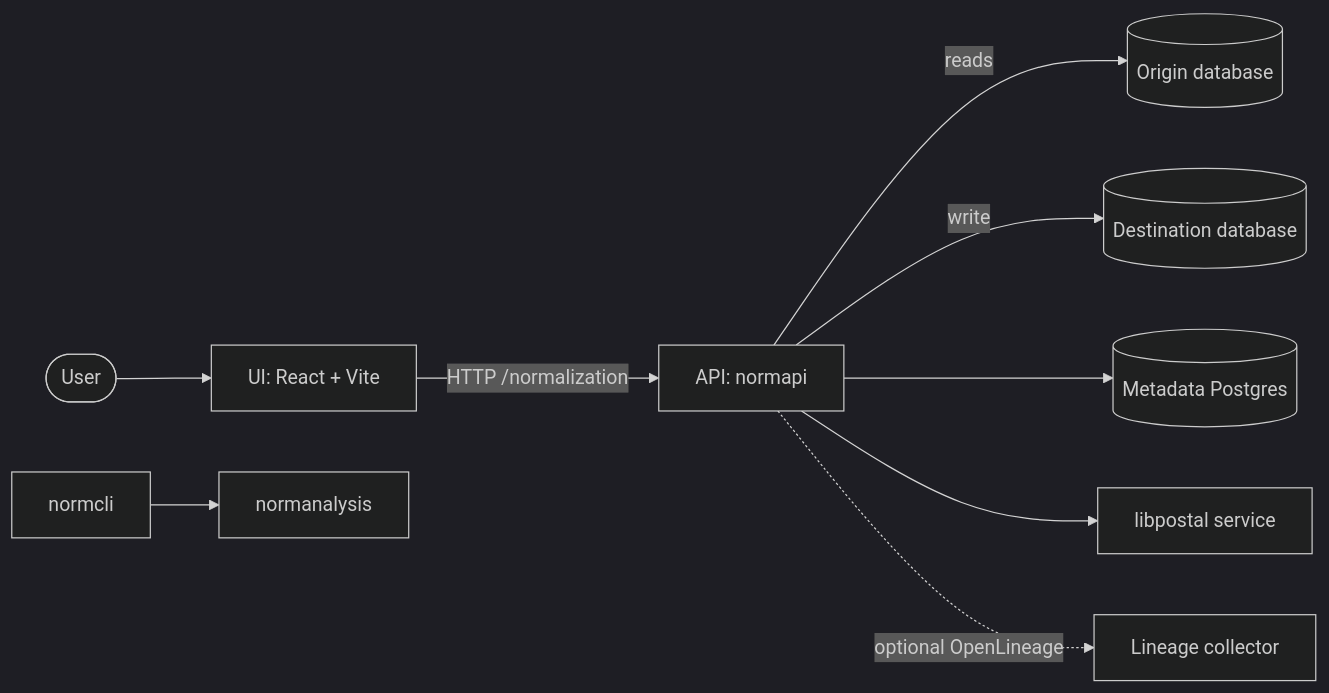
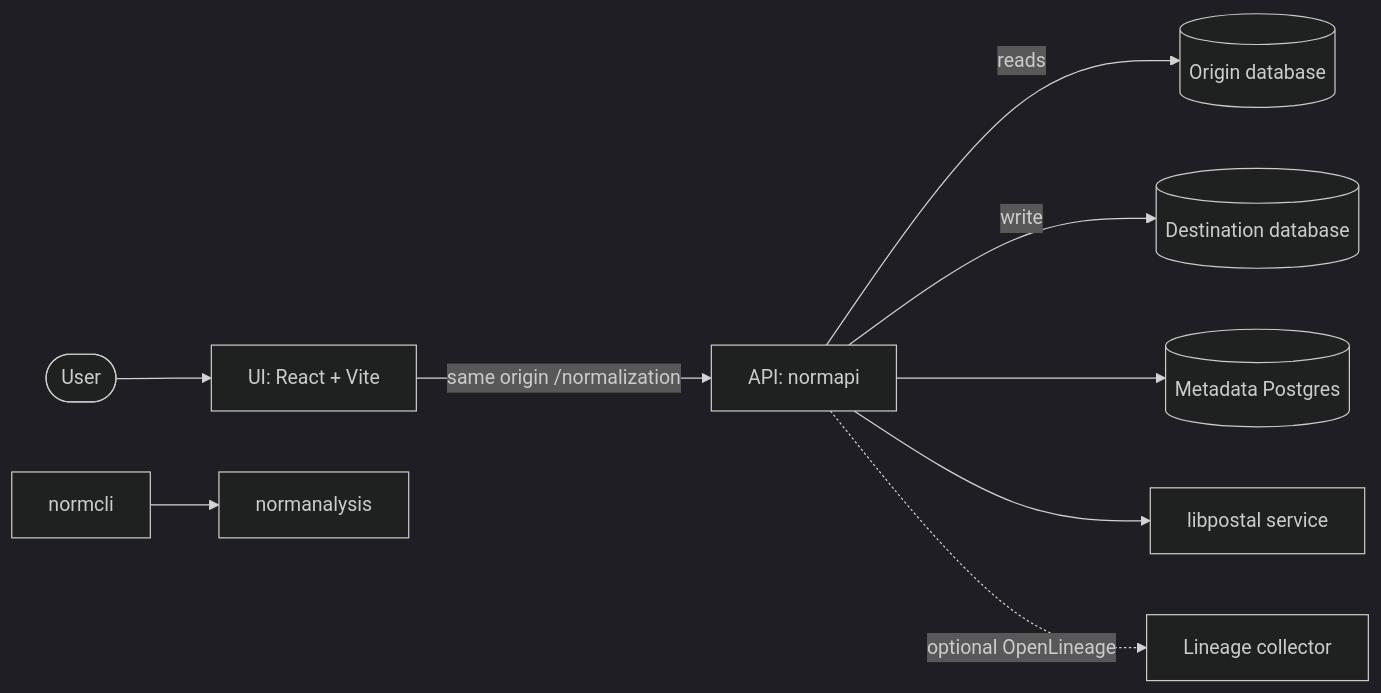
Before and after one commit to bayern4teams/normalization: the first of 5 diagrams in ARCHITECTURE.md, drawn with Mermaid (dark theme). The commit also changed other lines of this file and 6 other files, not shown here.

````diff
--- a/ARCHITECTURE.md
+++ b/ARCHITECTURE.md
@@ -16,11 +16,11 @@
 ```mermaid
 flowchart LR
     user([User]) --> ui[UI: React + Vite]
-    ui -->|HTTP /normalization| api[API: normapi]
+    ui -->|same origin /normalization| api[API: normapi]
     cli[normcli] --> analysis[normanalysis]
     api -->|reads| origin[(Origin database)]
     api -->|write| dest[(Destination database)]
     api --> meta[(Metadata Postgres)]
     api --> lp[libpostal service]
     api -.->|optional OpenLineage| lineage[Lineage collector]
 ```
````
